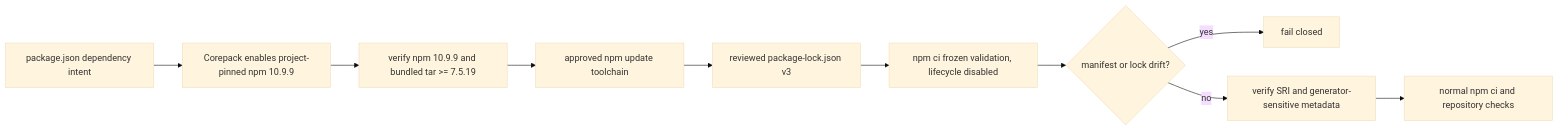
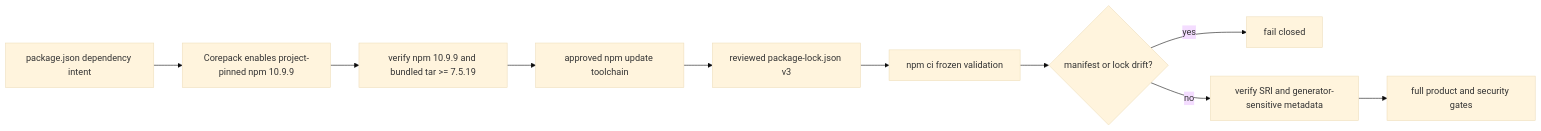
One commit to ContextualWisdomLab/bandscope changed the diagram in docs/doctoring/npm-lockfile-generator-provenance.md. Above: the diagram before and after it, drawn with Mermaid (base theme). The commit also changed other lines of this file, not shown here.

Commit message:
docs(node): align npm provenance with raised runtime floor

````diff
--- a/docs/doctoring/npm-lockfile-generator-provenance.md
+++ b/docs/doctoring/npm-lockfile-generator-provenance.md
@@ -34,12 +27,12 @@
 ```mermaid
 flowchart LR
     M[package.json dependency intent] --> C[Corepack enables project-pinned npm 10.9.9]
     C --> R[verify npm 10.9.9 and bundled tar >= 7.5.19]
     R --> G[approved npm update toolchain]
     G --> L[reviewed package-lock.json v3]
-    L --> V[npm ci frozen validation, lifecycle disabled]
+    L --> V[npm ci frozen validation]
     V --> D{manifest or lock drift?}
     D -->|yes| F[fail closed]
     D -->|no| S[verify SRI and generator-sensitive metadata]
-    S --> N[normal npm ci and repository checks]
+    S --> Q[full product and security gates]
 ```
````
